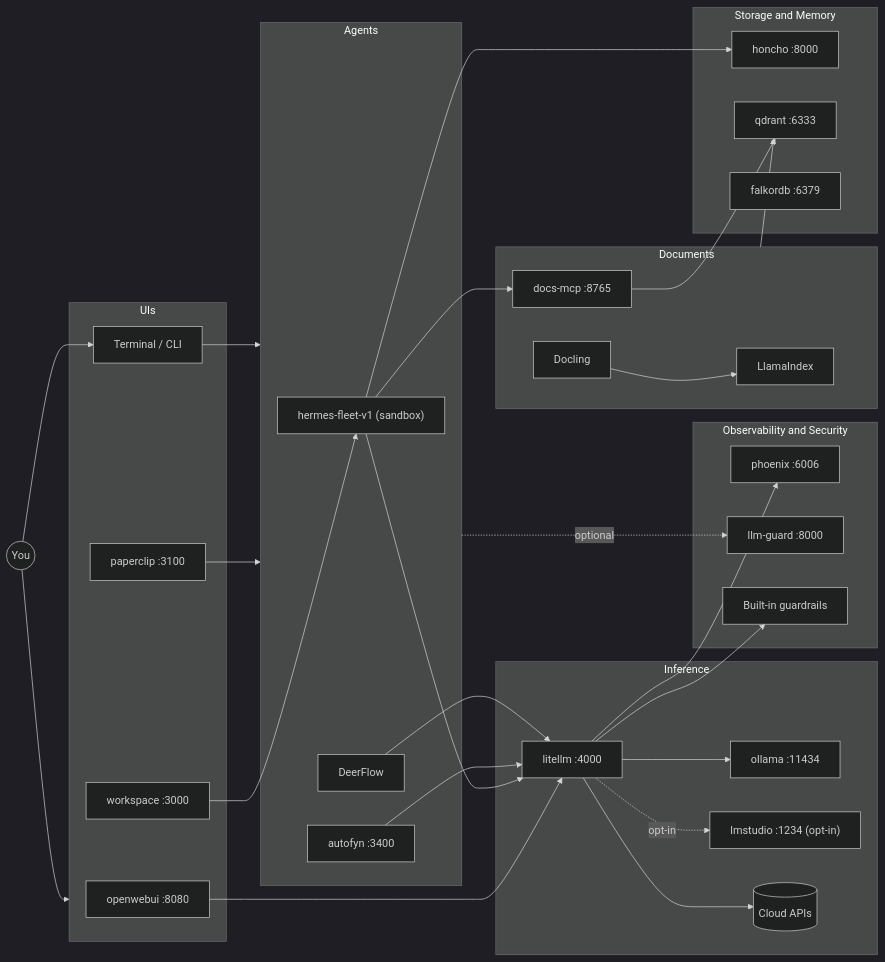
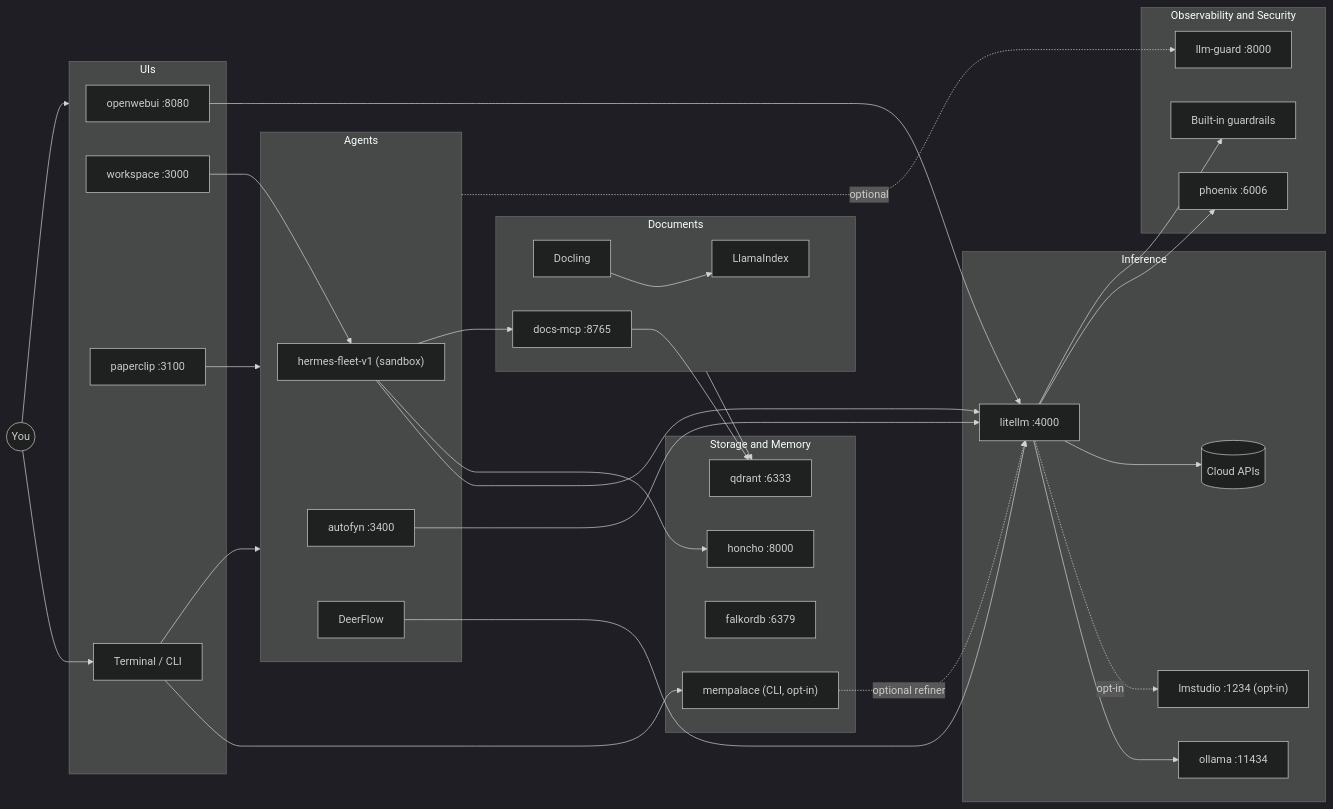
The first of 21 diagrams in doc/DIAGRAMS.md (mayssamj/versatile-ai-stack), drawn with Mermaid (dark theme) before and after one commit. The commit also changed other lines of this file and 34 other files, not shown here.

````diff
--- a/doc/DIAGRAMS.md
+++ b/doc/DIAGRAMS.md
@@ -36,69 +36,73 @@
 ```mermaid
 flowchart LR
   You((You))
 
   subgraph UIs[UIs]
     OWU[openwebui :8080]
     HW[workspace :3000]
     PC[paperclip :3100]
     CLI["Terminal / CLI"]
   end
 
   subgraph Agents[Agents]
     HF["hermes-fleet-v1 (sandbox)"]
     AF[autofyn :3400]
     DF[DeerFlow]
   end
 
   subgraph Infer[Inference]
     LL[litellm :4000]
     OL[ollama :11434]
     LMS["lmstudio :1234 (opt-in)"]
     CLOUD[(Cloud APIs)]
   end
 
   subgraph Storage[Storage and Memory]
     HO[honcho :8000]
     QD[qdrant :6333]
     FK[falkordb :6379]
+    MP["mempalace (CLI, opt-in)"]
   end
 
   subgraph Docs[Documents]
     DC[Docling]
     LI[LlamaIndex]
     MCP[docs-mcp :8765]
   end
 
   subgraph Obs[Observability and Security]
     PX[phoenix :6006]
     LG[llm-guard :8000]
     GR[Built-in guardrails]
   end
 
   You --> UIs
   You --> CLI
 
   OWU --> LL
   HW --> HF
   PC --> Agents
   CLI --> Agents
 
   HF --> LL
   AF --> LL
   DF --> LL
   HF --> HO
   HF --> MCP
 
   LL --> OL
   LL -.opt-in.-> LMS
   LL --> CLOUD
   LL --> PX
   LL --> GR
 
   Docs --> QD
   MCP --> QD
   DC --> LI
   LI --> Docs
 
+  CLI --> MP
+  MP -.optional refiner.-> LL
+
   Agents -.optional.-> LG
 ```
````
